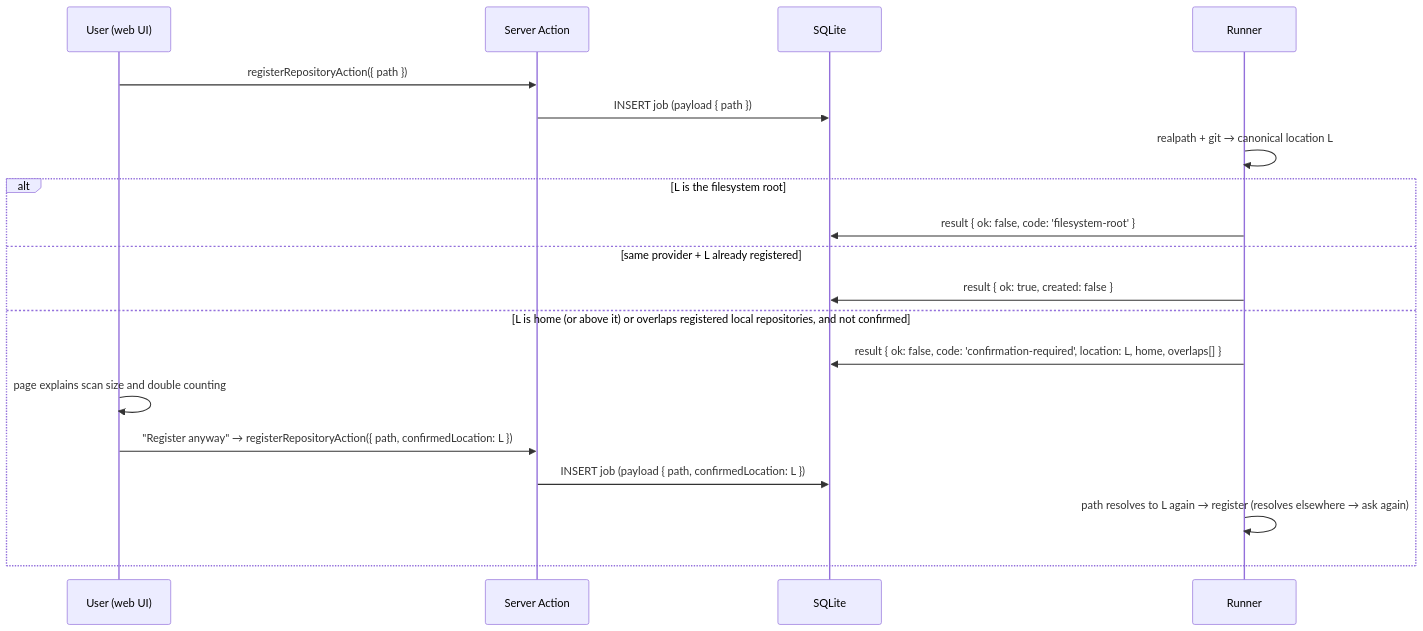
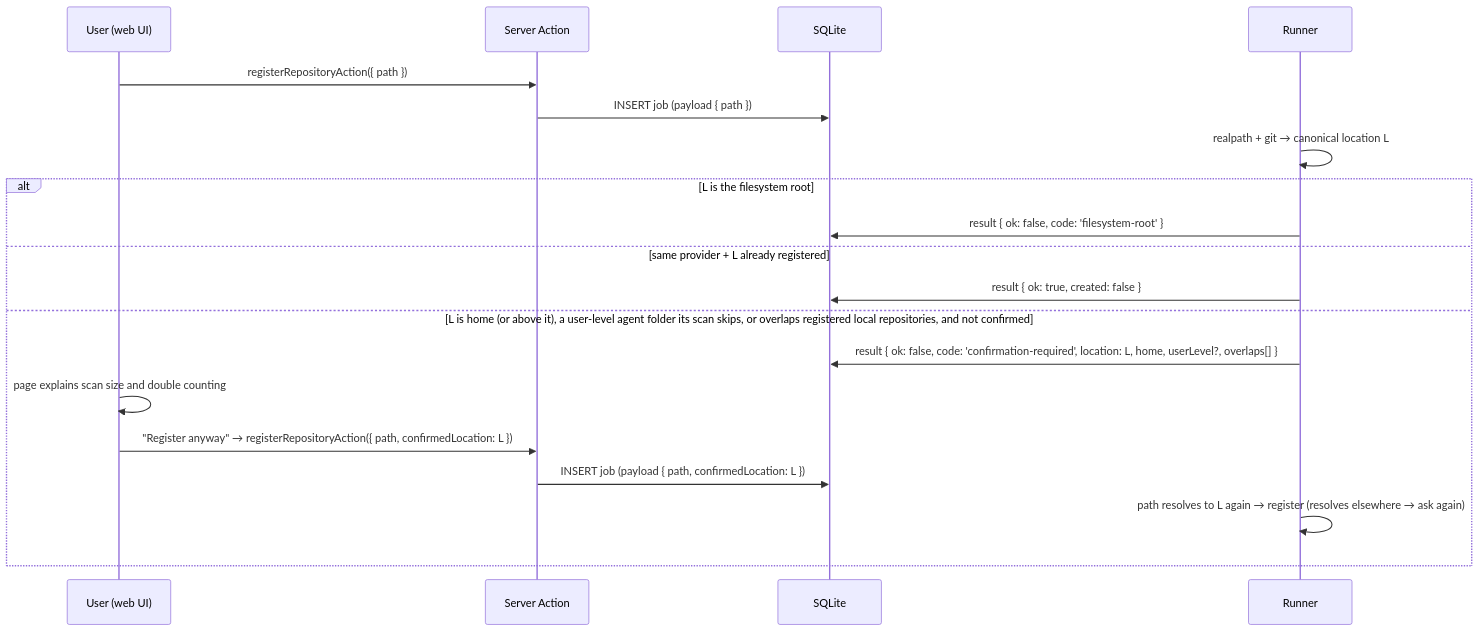
One commit to MetaX5/DirectiveBench changed the second of 2 diagrams in .ai/specs/2026-10-14-repository-management.md. Above: the diagram before and after it, drawn with Mermaid. The commit also changed other lines of this file and 17 other files, not shown here.

First line of the commit message:
fix(runner): confirm registering a user-level agent folder on its own

````diff
--- a/.ai/specs/2026-10-14-repository-management.md
+++ b/.ai/specs/2026-10-14-repository-management.md
@@ -152,21 +152,21 @@
 ```mermaid
 sequenceDiagram
   participant U as User (web UI)
   participant SA as Server Action
   participant DB as SQLite
   participant R as Runner
   U->>SA: registerRepositoryAction({ path })
   SA->>DB: INSERT job (payload { path })
   R->>R: realpath + git → canonical location L
   alt L is the filesystem root
     R->>DB: result { ok: false, code: 'filesystem-root' }
   else same provider + L already registered
     R->>DB: result { ok: true, created: false }
-  else L is home (or above it) or overlaps registered local repositories, and not confirmed
-    R->>DB: result { ok: false, code: 'confirmation-required', location: L, home, overlaps[] }
+  else L is home (or above it), a user-level agent folder its scan skips, or overlaps registered local repositories, and not confirmed
+    R->>DB: result { ok: false, code: 'confirmation-required', location: L, home, userLevel?, overlaps[] }
     U->>U: page explains scan size and double counting
     U->>SA: "Register anyway" → registerRepositoryAction({ path, confirmedLocation: L })
     SA->>DB: INSERT job (payload { path, confirmedLocation: L })
     R->>R: path resolves to L again → register (resolves elsewhere → ask again)
   end
 ```
````
